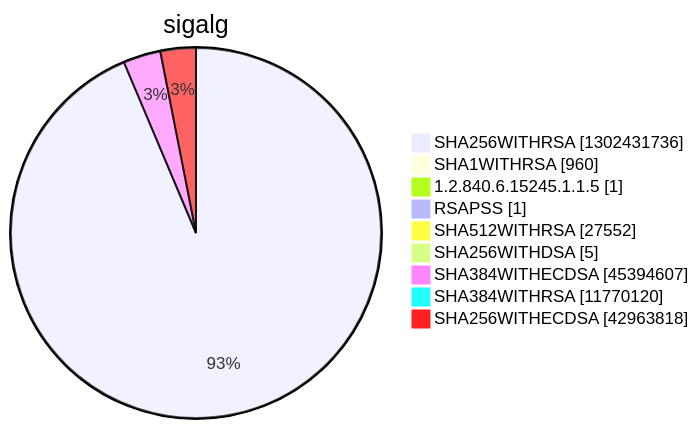
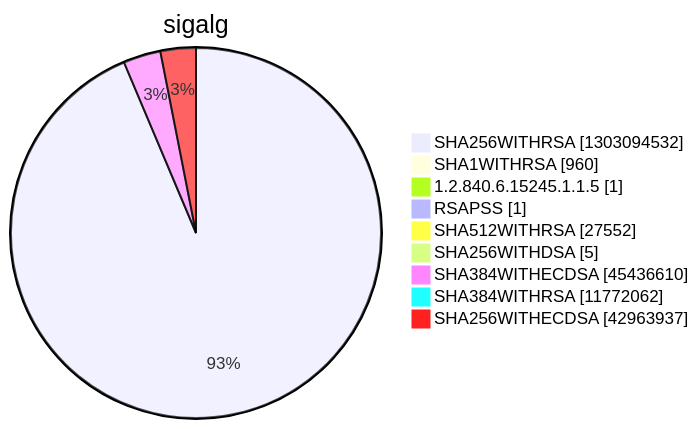
One commit to christiankrug/ctmonitor_visualization changed diagram 15 of 15 in argon2022/README.md. Above: the diagram before and after it, drawn with Mermaid. The commit also changed other lines of this file, not shown here.

````diff
--- a/argon2022/README.md
+++ b/argon2022/README.md
@@ -5523,13 +5523,13 @@
 ```mermaid
 pie showData
 title sigalg
-"SHA256WITHRSA" :1302431736
+"SHA256WITHRSA" :1303094532
 "SHA1WITHRSA" :960
 "1.2.840.6.15245.1.1.5" :1
 "RSAPSS" :1
 "SHA512WITHRSA" :27552
 "SHA256WITHDSA" :5
-"SHA384WITHECDSA" :45394607
-"SHA384WITHRSA" :11770120
-"SHA256WITHECDSA" :42963818
+"SHA384WITHECDSA" :45436610
+"SHA384WITHRSA" :11772062
+"SHA256WITHECDSA" :42963937
 ```
````
